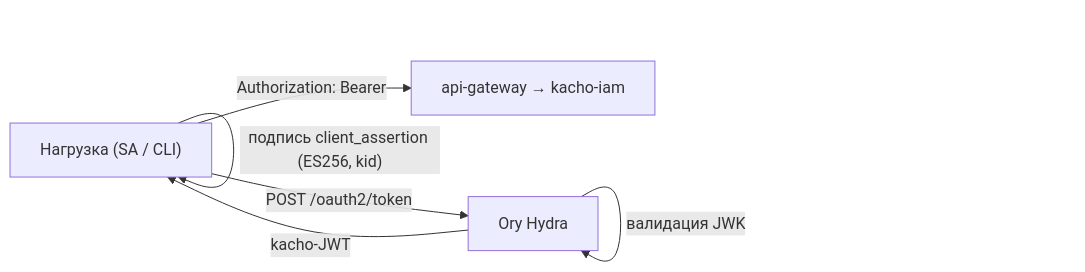
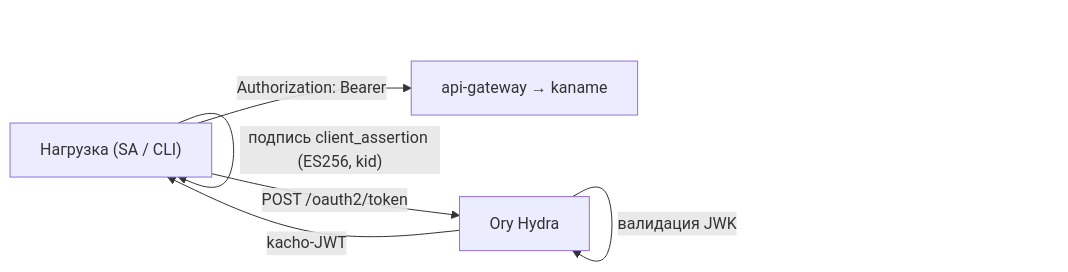
Before and after one commit to PRO-Robotech/kacho: the second of 2 diagrams in services/iam/docs/content/architecture/identity.mdx, drawn with Mermaid. The commit also changed other lines of this file and 5005 other files, not shown here.

````diff
--- a/services/iam/docs/content/architecture/identity.mdx
+++ b/services/iam/docs/content/architecture/identity.mdx
@@ -98,8 +98,8 @@
 ```mermaid
 flowchart LR
   wl["Нагрузка (SA / CLI)"] -->|"подпись client_assertion (ES256, kid)"| wl
   wl -->|"POST /oauth2/token"| hydra["Ory Hydra"]
   hydra -->|"валидация JWK"| hydra
   hydra -->|"kacho-JWT"| wl
-  wl -->|"Authorization: Bearer"| agw["api-gateway → kacho-iam"]
+  wl -->|"Authorization: Bearer"| agw["api-gateway → kaname"]
 ```
````
